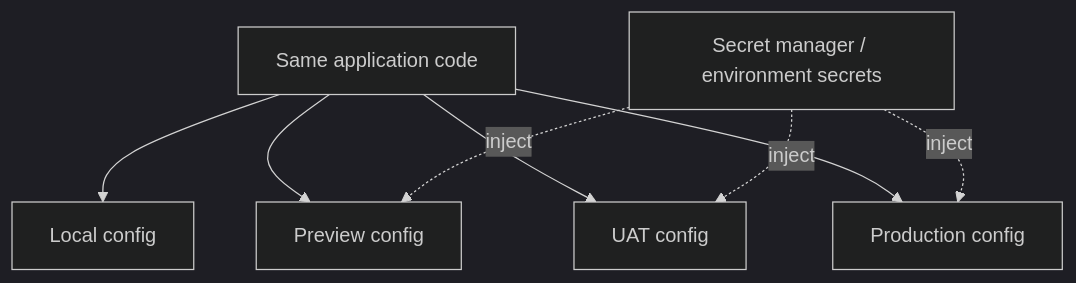
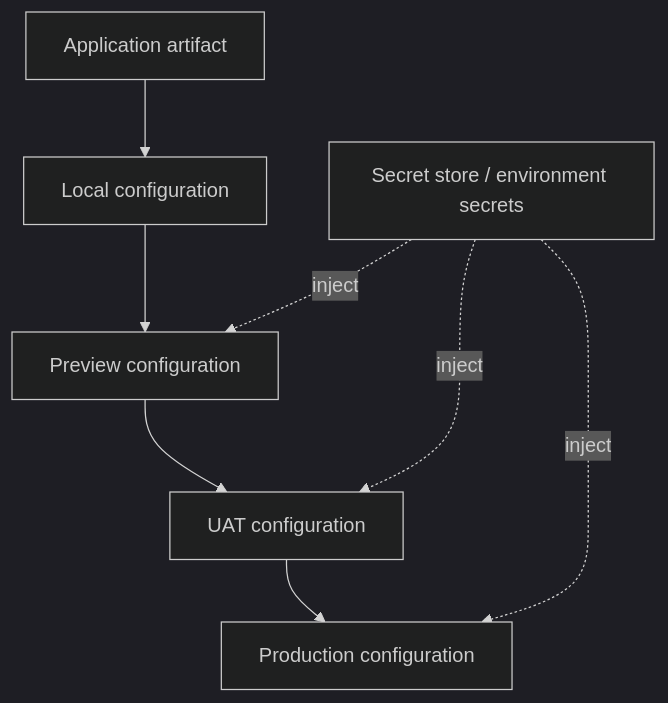
Before and after one commit to kumarchandansingh/tropos: the fourth of 4 diagrams in docs/delivery/ENVIRONMENT_STRATEGY.md, drawn with Mermaid (dark theme). The commit also changed other lines of this file and 13 other files, not shown here.

````diff
--- a/docs/delivery/ENVIRONMENT_STRATEGY.md
+++ b/docs/delivery/ENVIRONMENT_STRATEGY.md
@@ -77,13 +59,13 @@
 ```mermaid
 flowchart TB
-    Code[Same application code]
-    Code --> LocalCfg[Local config]
-    Code --> PreviewCfg[Preview config]
-    Code --> UATCfg[UAT config]
-    Code --> ProdCfg[Production config]
+    Code[Application artifact]
+    --> LocalCfg[Local configuration]
+    --> PreviewCfg[Preview configuration]
+    --> UATCfg[UAT configuration]
+    --> ProdCfg[Production configuration]
 
-    Secrets[Secret manager / environment secrets]
+    Secrets[Secret store / environment secrets]
     Secrets -. inject .-> PreviewCfg
     Secrets -. inject .-> UATCfg
     Secrets -. inject .-> ProdCfg
 ```
````
